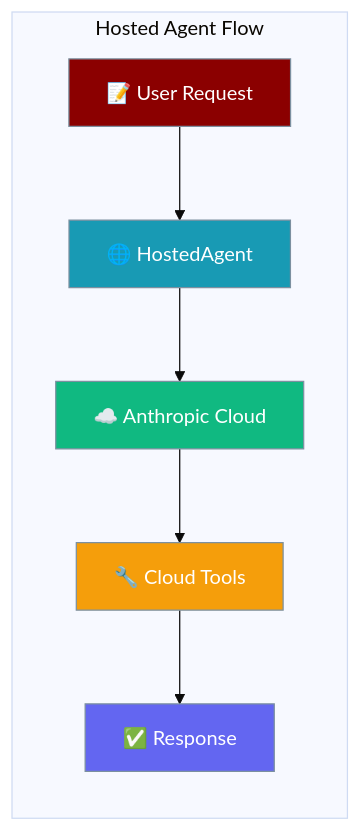
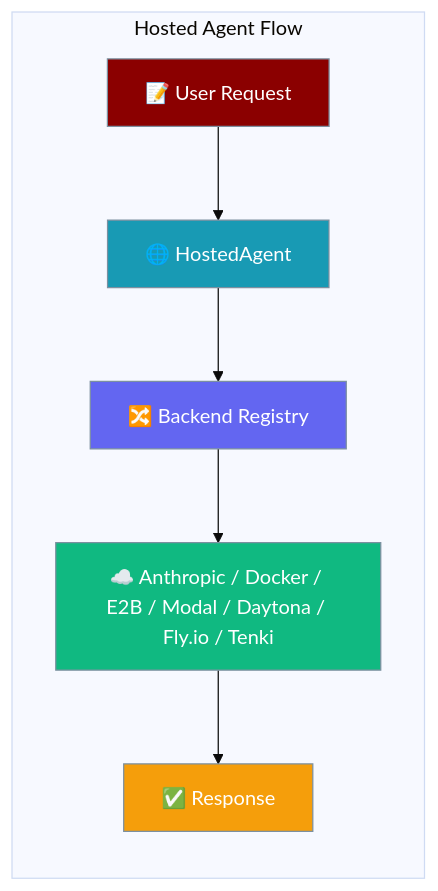
The first of 5 diagrams in docs/features/hosted-agent.mdx (MervinPraison/PraisonAIDocs), drawn with Mermaid (base theme) before and after one commit. The commit also changed other lines of this file and 3 other files, not shown here.

````diff
--- a/docs/features/hosted-agent.mdx
+++ b/docs/features/hosted-agent.mdx
@@ -31,22 +31,22 @@
 ```mermaid
 graph LR
     subgraph "Hosted Agent Flow"
         A[📝 User Request] --> B[🌐 HostedAgent]
-        B --> C[☁️ Anthropic Cloud]
-        C --> D[🔧 Cloud Tools]
+        B --> C[🔀 Backend Registry]
+        C --> D[☁️ Anthropic / Docker / E2B / Modal / Daytona / Fly.io / Tenki]
         D --> E[✅ Response]
     end
     
     classDef input fill:#8B0000,stroke:#7C90A0,color:#fff
     classDef process fill:#189AB4,stroke:#7C90A0,color:#fff
+    classDef registry fill:#6366F1,stroke:#7C90A0,color:#fff
     classDef cloud fill:#10B981,stroke:#7C90A0,color:#fff
-    classDef tools fill:#F59E0B,stroke:#7C90A0,color:#fff
-    classDef output fill:#6366F1,stroke:#7C90A0,color:#fff
+    classDef output fill:#F59E0B,stroke:#7C90A0,color:#fff
     
     class A input
     class B process
-    class C cloud
-    class D tools
+    class C registry
+    class D cloud
     class E output
 
 ```
````
